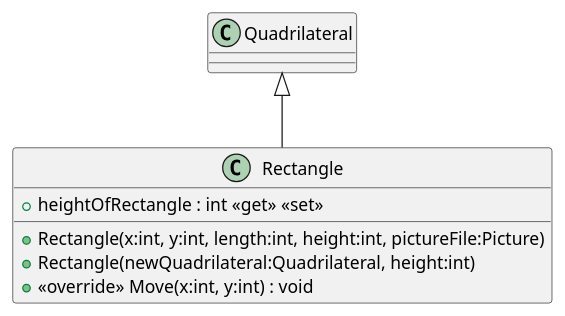
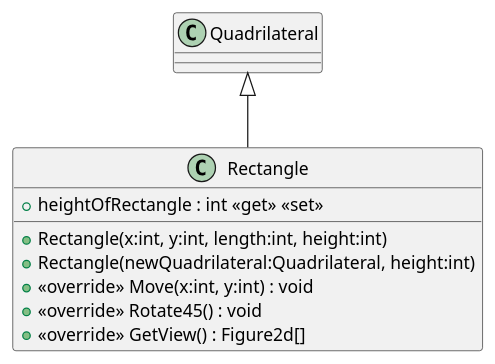
Before and after one commit to 19vano97/levelUpOOP: the diagram in plantuml/20240701_HW_Inheritence/Retangle.puml, drawn with PlantUML. The commit also changed 35 other files, not shown here.

```diff
--- a/plantuml/20240701_HW_Inheritence/Retangle.puml
+++ b/plantuml/20240701_HW_Inheritence/Retangle.puml
@@ -1,9 +1,11 @@
 @startuml
 class Rectangle {
-    + Rectangle(x:int, y:int, length:int, height:int, pictureFile:Picture)
+    + Rectangle(x:int, y:int, length:int, height:int)
     + Rectangle(newQuadrilateral:Quadrilateral, height:int)
     + heightOfRectangle : int <<get>> <<set>>
     + <<override>> Move(x:int, y:int) : void
+    + <<override>> Rotate45() : void
+    + <<override>> GetView() : Figure2d[]
 }
 Quadrilateral <|-- Rectangle
 @enduml
```
